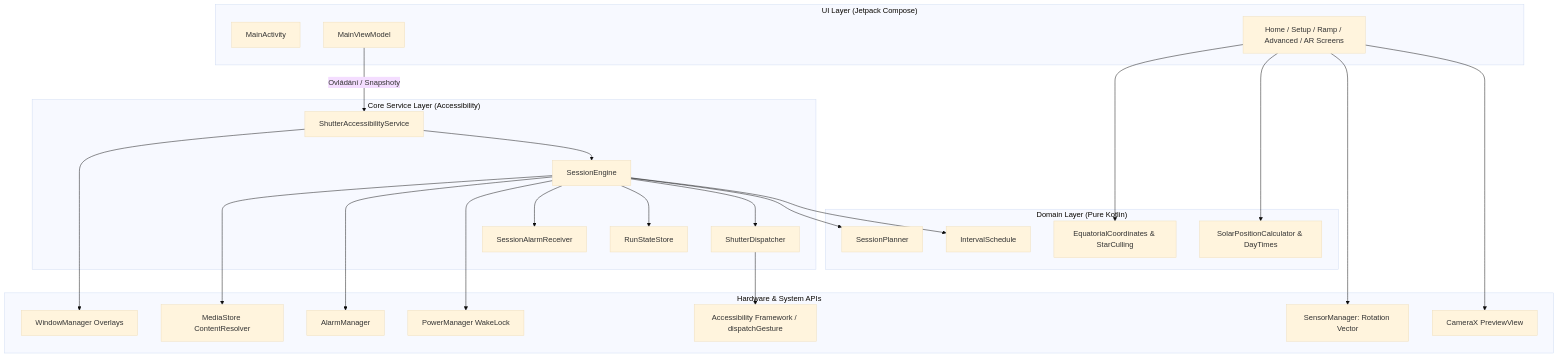
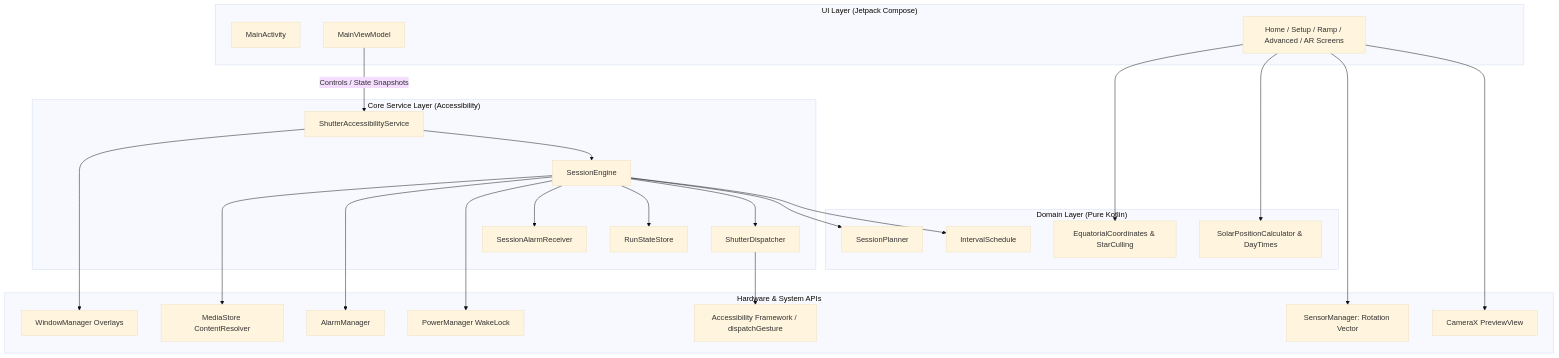
One commit to Dazix/android-caelis changed the first of 5 diagrams in APP_SUMMARY.md. Above: the diagram before and after it, drawn with Mermaid (base theme). The commit also changed other lines of this file and 3 other files, not shown here.

````diff
--- a/APP_SUMMARY.md
+++ b/APP_SUMMARY.md
@@ -65,50 +66,50 @@
 ```mermaid
 flowchart TD
     subgraph UI_Layer ["UI Layer (Jetpack Compose)"]
         MA[MainActivity]
         MVM[MainViewModel]
         Screens[Home / Setup / Ramp / Advanced / AR Screens]
     end
 
     subgraph Service_Layer ["Core Service Layer (Accessibility)"]
         SAS[ShutterAccessibilityService]
         SE[SessionEngine]
         SD[ShutterDispatcher]
         RSS[RunStateStore]
         SAR[SessionAlarmReceiver]
     end
 
     subgraph Domain_Layer ["Domain Layer (Pure Kotlin)"]
         IS[IntervalSchedule]
         SP[SessionPlanner]
         Solar[SolarPositionCalculator & DayTimes]
         Night[EquatorialCoordinates & StarCulling]
     end
 
     subgraph System_Hardware ["Hardware & System APIs"]
         A11y[Accessibility Framework / dispatchGesture]
         Sensors[SensorManager: Rotation Vector]
         CamX[CameraX PreviewView]
         MS[MediaStore ContentResolver]
         AM[AlarmManager]
         PM[PowerManager WakeLock]
         WM[WindowManager Overlays]
     end
 
-    MVM -->|Ovládání / Snapshoty| SAS
+    MVM -->|Controls / State Snapshots| SAS
     SAS --> SE
     SE --> IS
     SE --> SP
     SE --> SD
     SE --> RSS
     SE --> SAR
     SD --> A11y
     SE --> PM
     SE --> AM
     SE --> MS
     SAS --> WM
     Screens --> CamX
     Screens --> Sensors
     Screens --> Solar
     Screens --> Night
 ```
````
